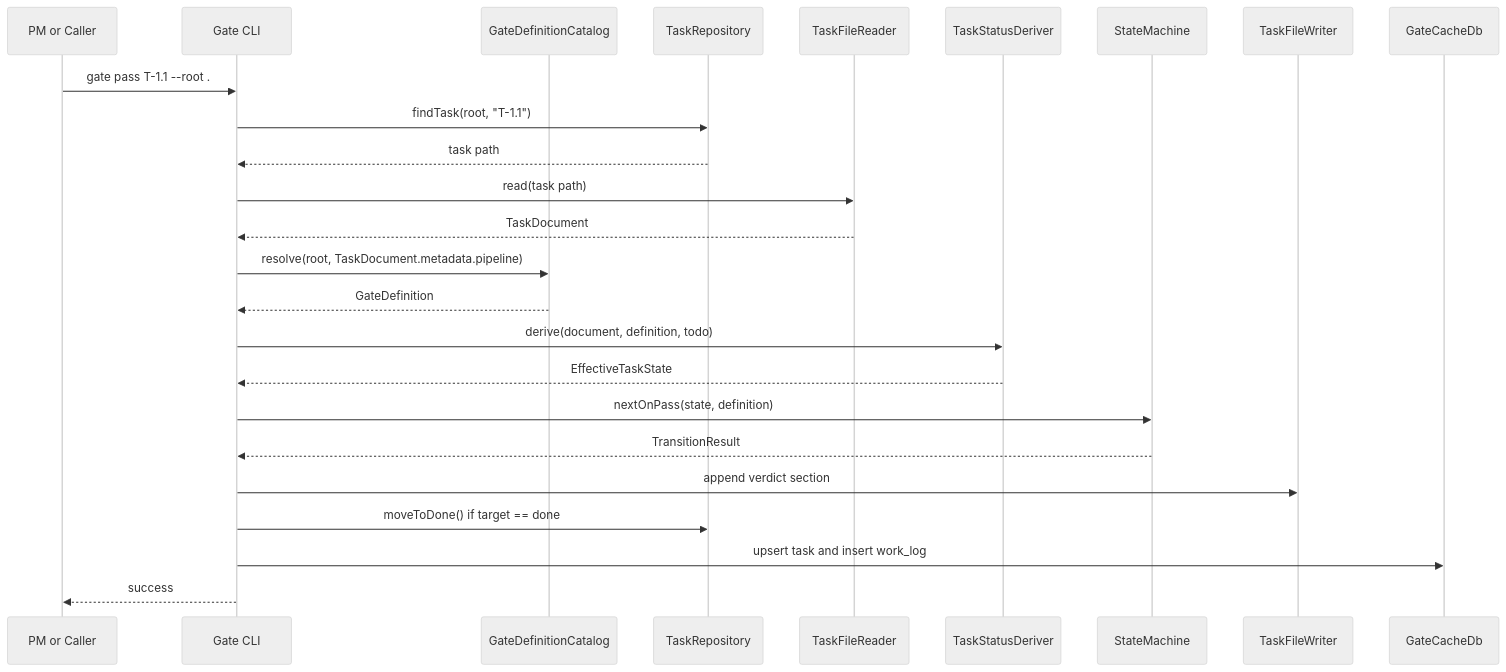
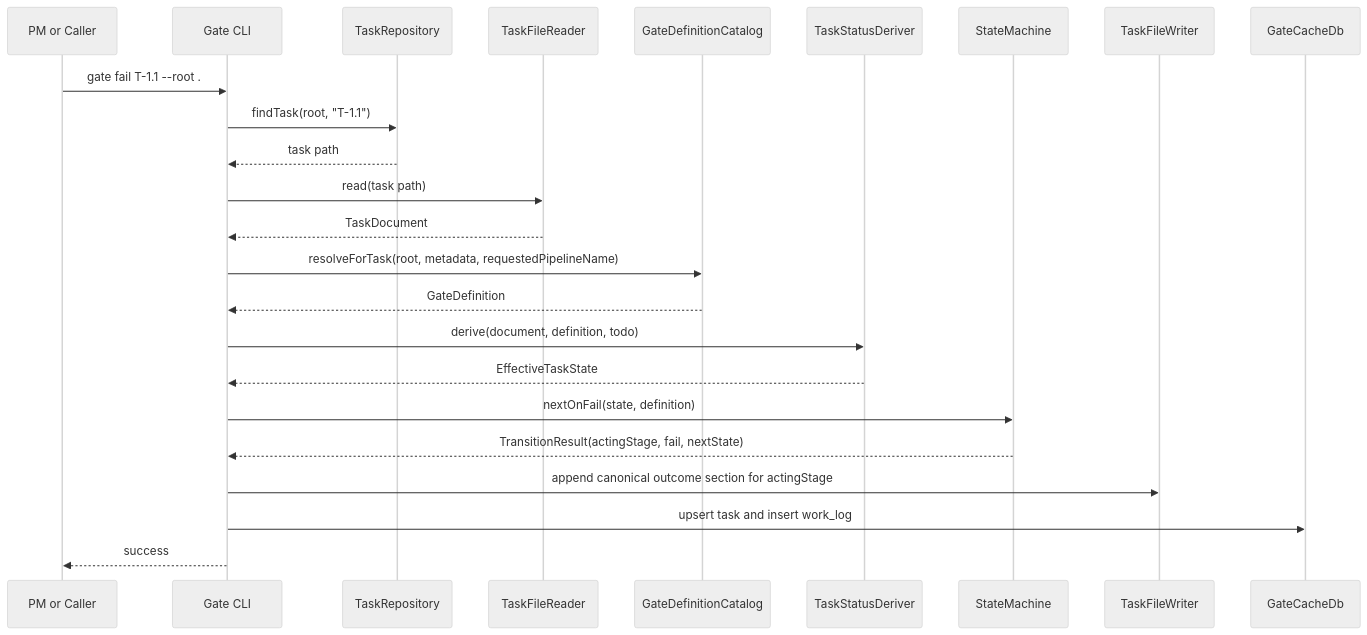
The sixth of 6 diagrams in docs/gate-uml-spec.md (msbrettorg/maenifold), drawn with Mermaid (neutral theme) before and after one commit. The commit also changed other lines of this file and 1 other file, not shown here.

Commit message:
gate: align spec and dispatch-state tests

````diff
--- a/docs/gate-uml-spec.md
+++ b/docs/gate-uml-spec.md
@@ -452,28 +556,27 @@
 ```mermaid
 sequenceDiagram
 participant PM as PM or Caller
 participant CLI as Gate CLI
-participant Catalog as GateDefinitionCatalog
 participant Repo as TaskRepository
 participant Reader as TaskFileReader
+participant Catalog as GateDefinitionCatalog
 participant Deriver as TaskStatusDeriver
 participant SM as StateMachine
 participant Writer as TaskFileWriter
 participant DB as GateCacheDb
 
-PM->>CLI: gate pass T-1.1 --root .
+PM->>CLI: gate fail T-1.1 --root .
 CLI->>Repo: findTask(root, "T-1.1")
 Repo-->>CLI: task path
 CLI->>Reader: read(task path)
 Reader-->>CLI: TaskDocument
-CLI->>Catalog: resolve(root, TaskDocument.metadata.pipeline)
+CLI->>Catalog: resolveForTask(root, metadata, requestedPipelineName)
 Catalog-->>CLI: GateDefinition
 CLI->>Deriver: derive(document, definition, todo)
 Deriver-->>CLI: EffectiveTaskState
-CLI->>SM: nextOnPass(state, definition)
-SM-->>CLI: TransitionResult
-CLI->>Writer: append verdict section
-CLI->>Repo: moveToDone() if target == done
+CLI->>SM: nextOnFail(state, definition)
+SM-->>CLI: TransitionResult(actingStage, fail, nextState)
+CLI->>Writer: append canonical outcome section for actingStage
 CLI->>DB: upsert task and insert work_log
 CLI-->>PM: success
 ```
````
